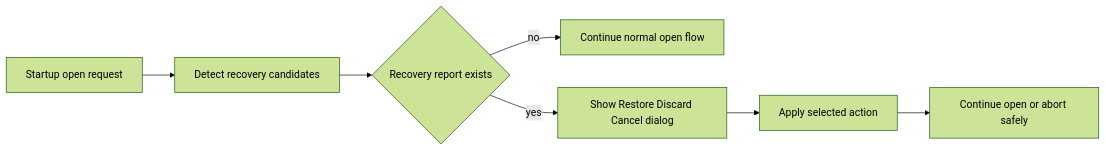
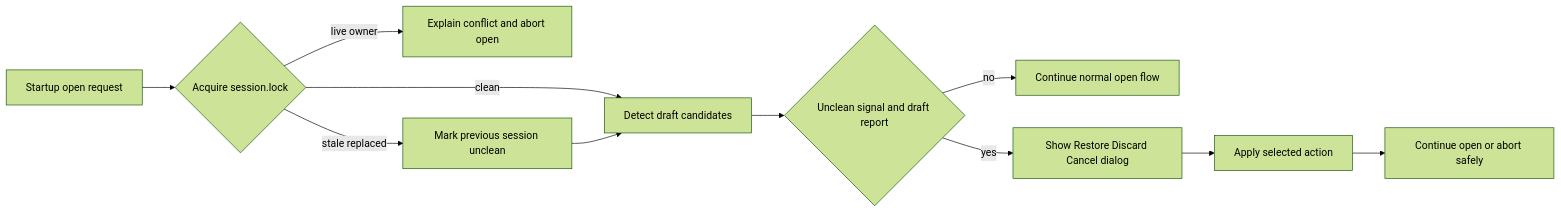
Before and after one commit to PlagaMedicum/TranslationZed-py: diagram 16 of 16 in docs/architecture/diagrams.md, drawn with Mermaid (forest theme). The commit also changed 26 other files, not shown here.

````diff
--- a/docs/architecture/diagrams.md
+++ b/docs/architecture/diagrams.md
@@ -217,9 +217,13 @@
 ```mermaid
 flowchart LR
-  START[Startup open request] --> DETECT[Detect recovery candidates]
-  DETECT --> ASK{Recovery report exists}
+  START[Startup open request] --> LOCK{Acquire session.lock}
+  LOCK -- live owner --> ABORT[Explain conflict and abort open]
+  LOCK -- clean --> DETECT[Detect draft candidates]
+  LOCK -- stale replaced --> UNCLEAN[Mark previous session unclean]
+  UNCLEAN --> DETECT
+  DETECT --> ASK{Unclean signal and draft report}
   ASK -- no --> CONTINUE[Continue normal open flow]
   ASK -- yes --> DIALOG[Show Restore Discard Cancel dialog]
   DIALOG --> APPLY[Apply selected action]
   APPLY --> RESULT[Continue open or abort safely]
 ```
````
